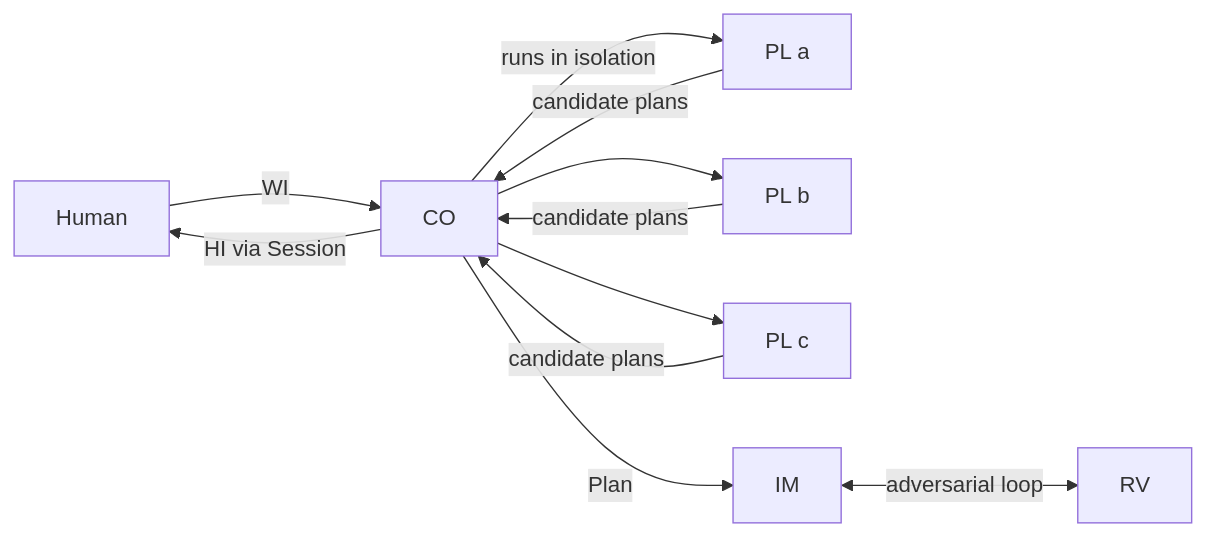
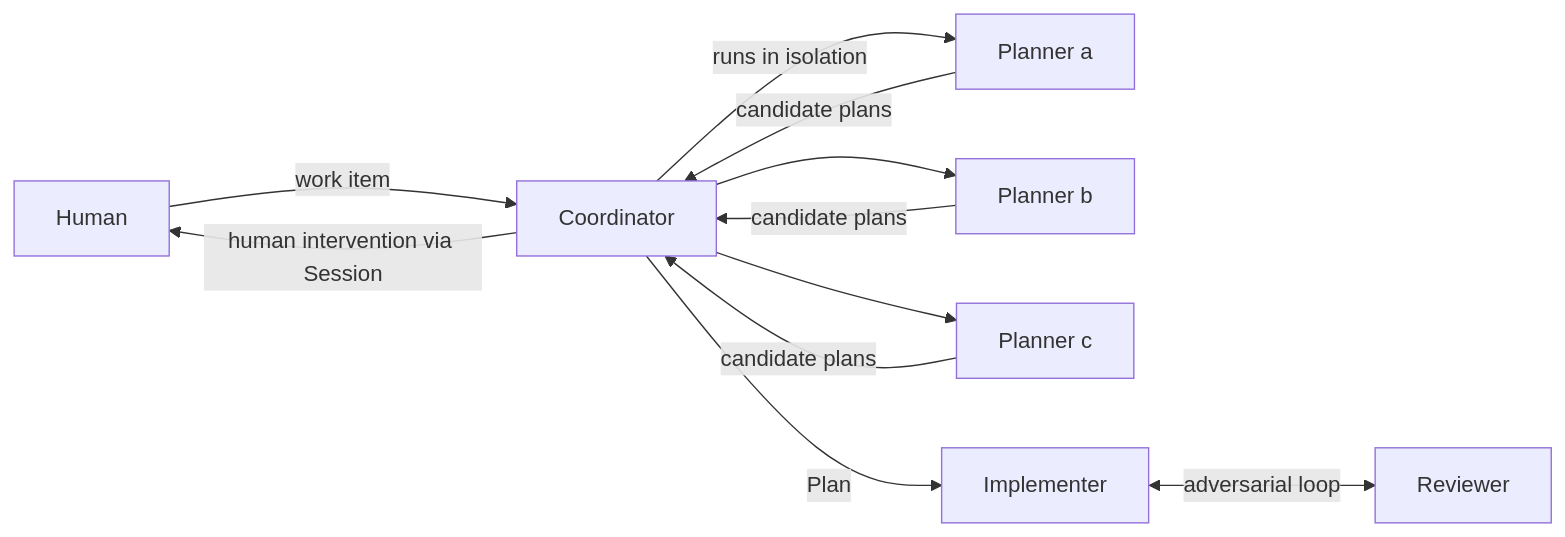
The diagram in docs/glossary.md (yoannchaudet/quorum), drawn with Mermaid before and after one commit. The commit also changed other lines of this file and 26 other files, not shown here.

````diff
--- a/docs/glossary.md
+++ b/docs/glossary.md
@@ -24,11 +24,11 @@
 ```mermaid
 flowchart LR
-  H[Human] -- WI --> CO
-  CO -- runs in isolation --> PL1[PL a]
-  CO --> PL2[PL b]
-  CO --> PL3[PL c]
-  PL1 & PL2 & PL3 -- candidate plans --> CO
-  CO -- Plan --> IM
-  IM <-- adversarial loop --> RV
-  CO -- HI via Session --> H
+  Human -- work item --> Coordinator
+  Coordinator -- runs in isolation --> PlannerA[Planner a]
+  Coordinator --> PlannerB[Planner b]
+  Coordinator --> PlannerC[Planner c]
+  PlannerA & PlannerB & PlannerC -- candidate plans --> Coordinator
+  Coordinator -- Plan --> Implementer
+  Implementer <-- adversarial loop --> Reviewer
+  Coordinator -- human intervention via Session --> Human
 ```
````
